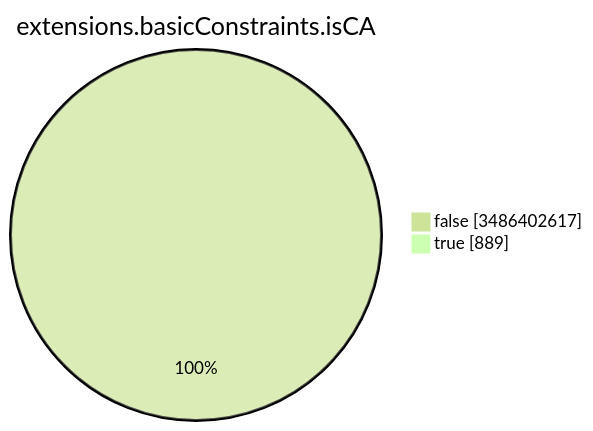
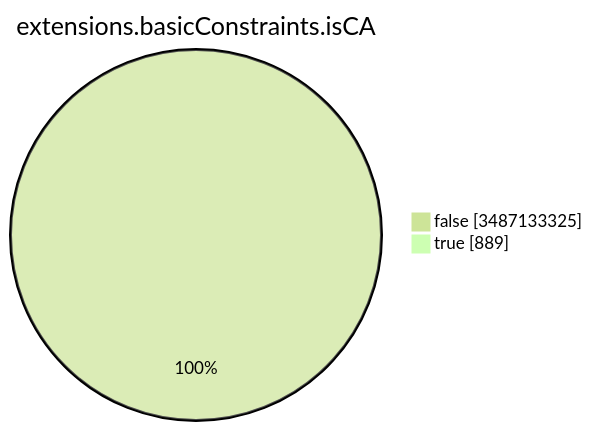
The seventh of 15 diagrams in TOTAL/README.md (christiankrug/ctmonitor_visualization), drawn with Mermaid (forest theme) before and after one commit. The commit also changed other lines of this file, not shown here.

````diff
--- a/TOTAL/README.md
+++ b/TOTAL/README.md
@@ -3093,6 +3093,6 @@
 ```mermaid
 pie showData
 title extensions.basicConstraints.isCA
-"false" :3486402617
+"false" :3487133325
 "true" :889
 ```
````
